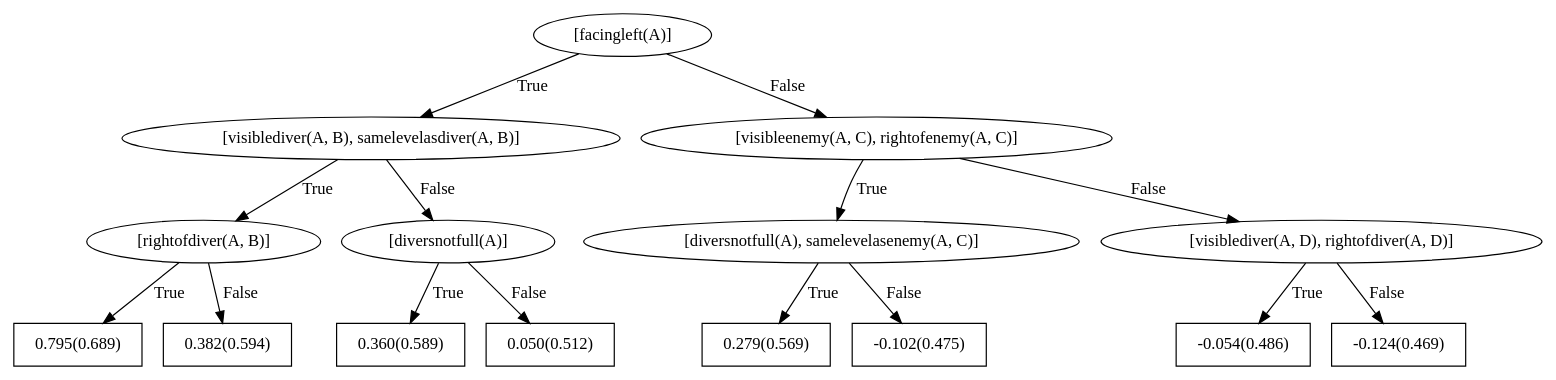
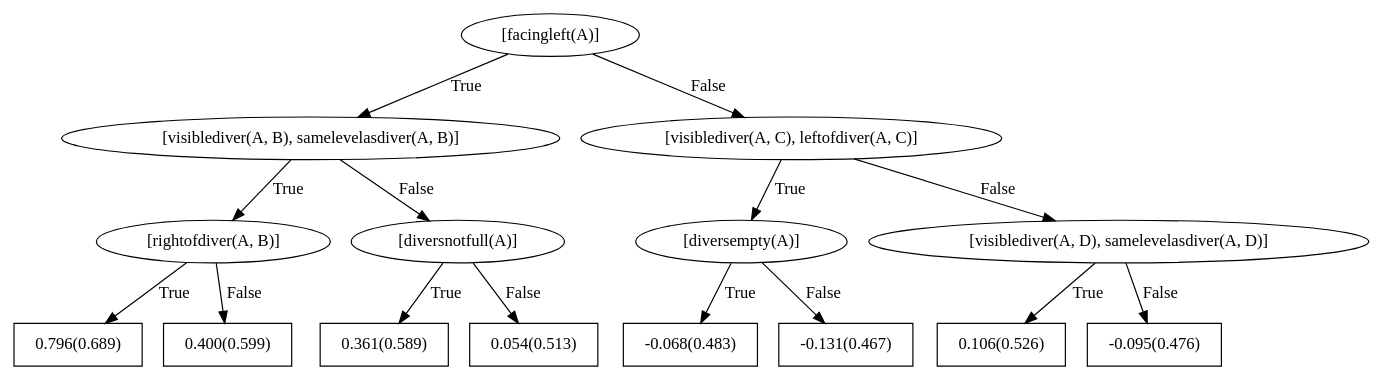
Before and after one commit to nikhileshp/NeSY-Imitation-Learning: the diagram in rdn_models/seaquest/weighted_1object_negpos_2_trees_1_depth_2/left/bRDNs/dotFiles/WILLTreeFor_left0.dot, drawn with Graphviz. The commit also changed 309 other files, not shown here.

```diff
--- a/rdn_models/seaquest/weighted_1object_negpos_2_trees_1_depth_2/left/bRDNs/dotFiles/WILLTreeFor_left0.dot
+++ b/rdn_models/seaquest/weighted_1object_negpos_2_trees_1_depth_2/left/bRDNs/dotFiles/WILLTreeFor_left0.dot
@@ -1,31 +1,31 @@
 digraph G{ 
 1[label = "[facingleft(A)]"];
 1 -> 2[label="True"];
 1 -> 3[label="False"];
 2[label = "[visiblediver(A, B), samelevelasdiver(A, B)]"];
 2 -> 4[label="True"];
 2 -> 5[label="False"];
 4[label = "[rightofdiver(A, B)]"];
 4 -> 6[label="True"];
 4 -> 7[label="False"];
-6[shape = box,label = "0.795(0.689)"];
-7[shape = box,label = "0.382(0.594)"];
+6[shape = box,label = "0.796(0.689)"];
+7[shape = box,label = "0.400(0.599)"];
 5[label = "[diversnotfull(A)]"];
 5 -> 8[label="True"];
 5 -> 9[label="False"];
-8[shape = box,label = "0.360(0.589)"];
-9[shape = box,label = "0.050(0.512)"];
-3[label = "[visibleenemy(A, C), rightofenemy(A, C)]"];
+8[shape = box,label = "0.361(0.589)"];
+9[shape = box,label = "0.054(0.513)"];
+3[label = "[visiblediver(A, C), leftofdiver(A, C)]"];
 3 -> 10[label="True"];
 3 -> 11[label="False"];
-10[label = "[diversnotfull(A), samelevelasenemy(A, C)]"];
+10[label = "[diversempty(A)]"];
 10 -> 12[label="True"];
 10 -> 13[label="False"];
-12[shape = box,label = "0.279(0.569)"];
-13[shape = box,label = "-0.102(0.475)"];
-11[label = "[visiblediver(A, D), rightofdiver(A, D)]"];
+12[shape = box,label = "-0.068(0.483)"];
+13[shape = box,label = "-0.131(0.467)"];
+11[label = "[visiblediver(A, D), samelevelasdiver(A, D)]"];
 11 -> 14[label="True"];
 11 -> 15[label="False"];
-14[shape = box,label = "-0.054(0.486)"];
-15[shape = box,label = "-0.124(0.469)"];
+14[shape = box,label = "0.106(0.526)"];
+15[shape = box,label = "-0.095(0.476)"];
 }
```
